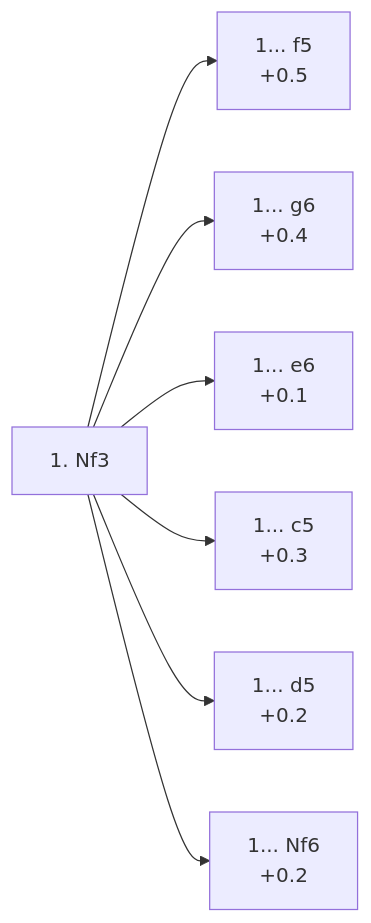
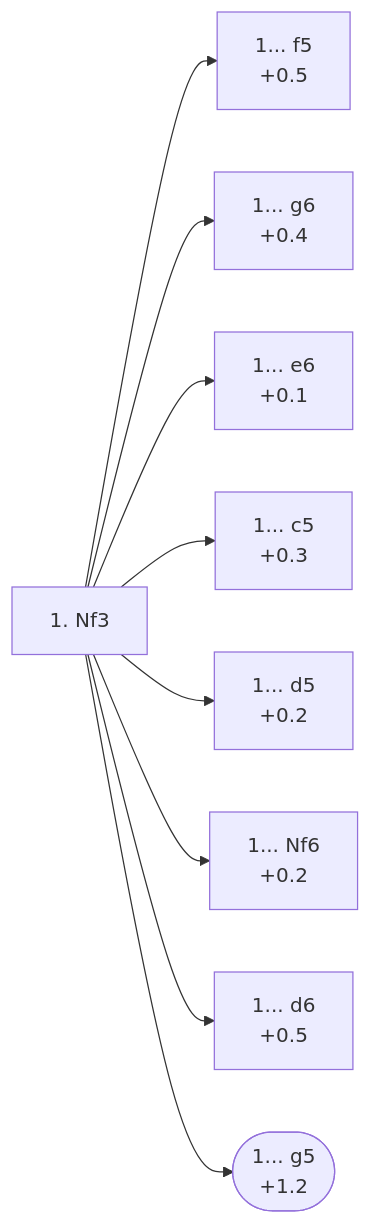
One commit to onclemarcel/chess_flashcards changed the diagram in Nf3_openings/A04_Zukertort.md. Above: the diagram before and after it, drawn with Mermaid. The commit also changed other lines of this file and 19 other files, not shown here.

````diff
--- a/Nf3_openings/A04_Zukertort.md
+++ b/Nf3_openings/A04_Zukertort.md
@@ -14,20 +14,24 @@
 ```mermaid
 flowchart LR
     classDef main stroke-width:3px;
 
     Nf3["1. Nf3"]
     click Nf3 "#_Nf3_" "A04 · Zukertort Opening"
 
     Nf3 --> f5a["1... f5<br/>+0.5"]
     click f5a "#_f5_" "A04 · Zukertort Opening"
     Nf3 --> g6a["1... g6<br/>+0.4"]
     click g6a "#_g6_" "A04 · Zukertort Opening"
     Nf3 --> e6a["1... e6<br/>+0.1"]
     click e6a "#_e6_" "A04 · Zukertort Opening"
     Nf3 --> c5a["1... c5<br/>+0.3"]
     click c5a "#_c5_" "A04 · Zukertort Opening: Sicilian Invitation"
     Nf3 --> d5a["1... d5<br/>+0.2"]
     click d5a "https://github.com/onclemarcel/chess_flashcards/blob/main/Nf3_openings/A06_Zukertort_d5.md" "A06 · Zukertort Opening"
     Nf3 --> Nf6["1... Nf6<br/>+0.2"]
     click Nf6 "https://github.com/onclemarcel/chess_flashcards/blob/main/Nf3_openings/A05_Zukertort_Nf6.md" "A05 · Zukertort Opening"
+    Nf3 --> d6a["1... d6<br/>+0.5"]
+    click d6a "#_d6_" "A04 · Zukertort Opening"
+    Nf3 --> g5a(["1... g5<br/>+1.2"])
+    click g5a "#_g5_" "A04 · Herrstroem Gambit"
 ```
````
